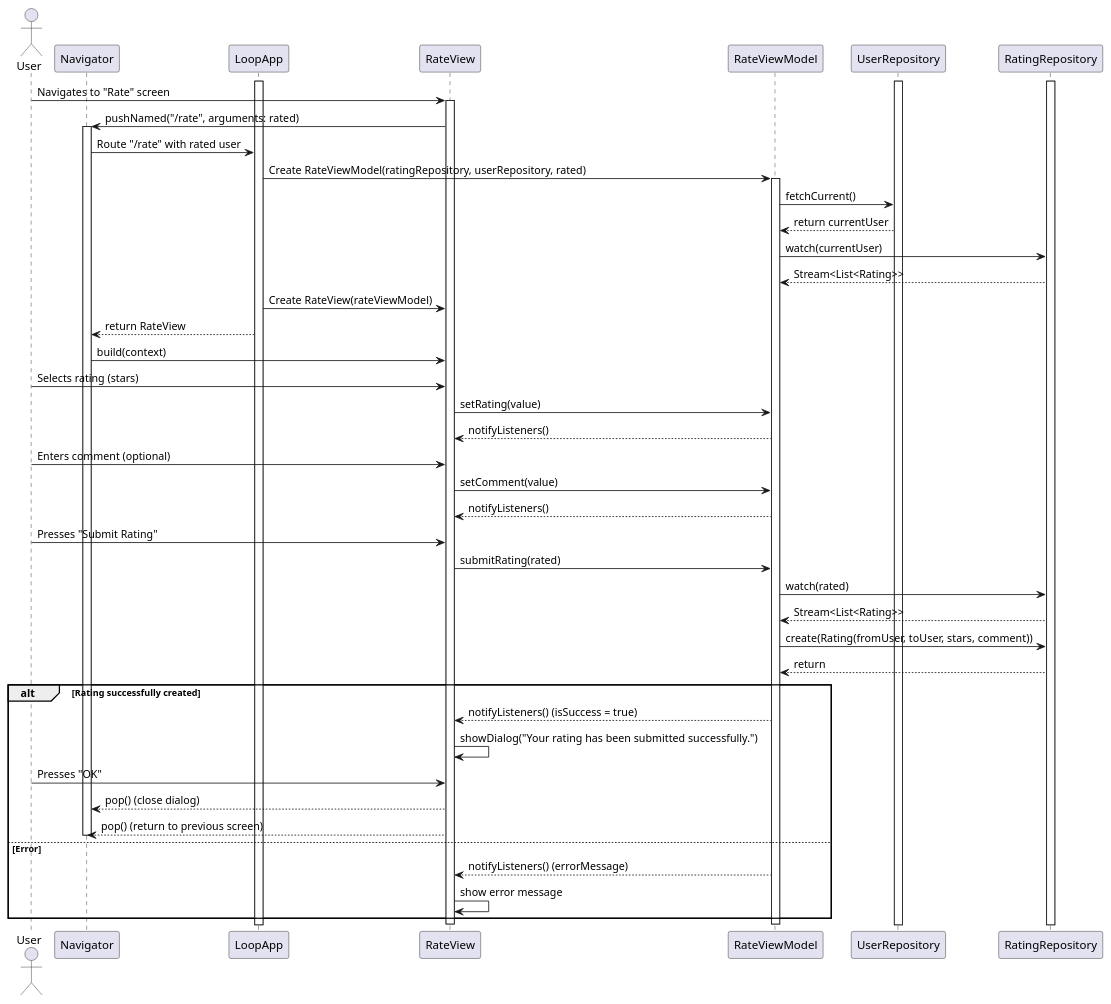
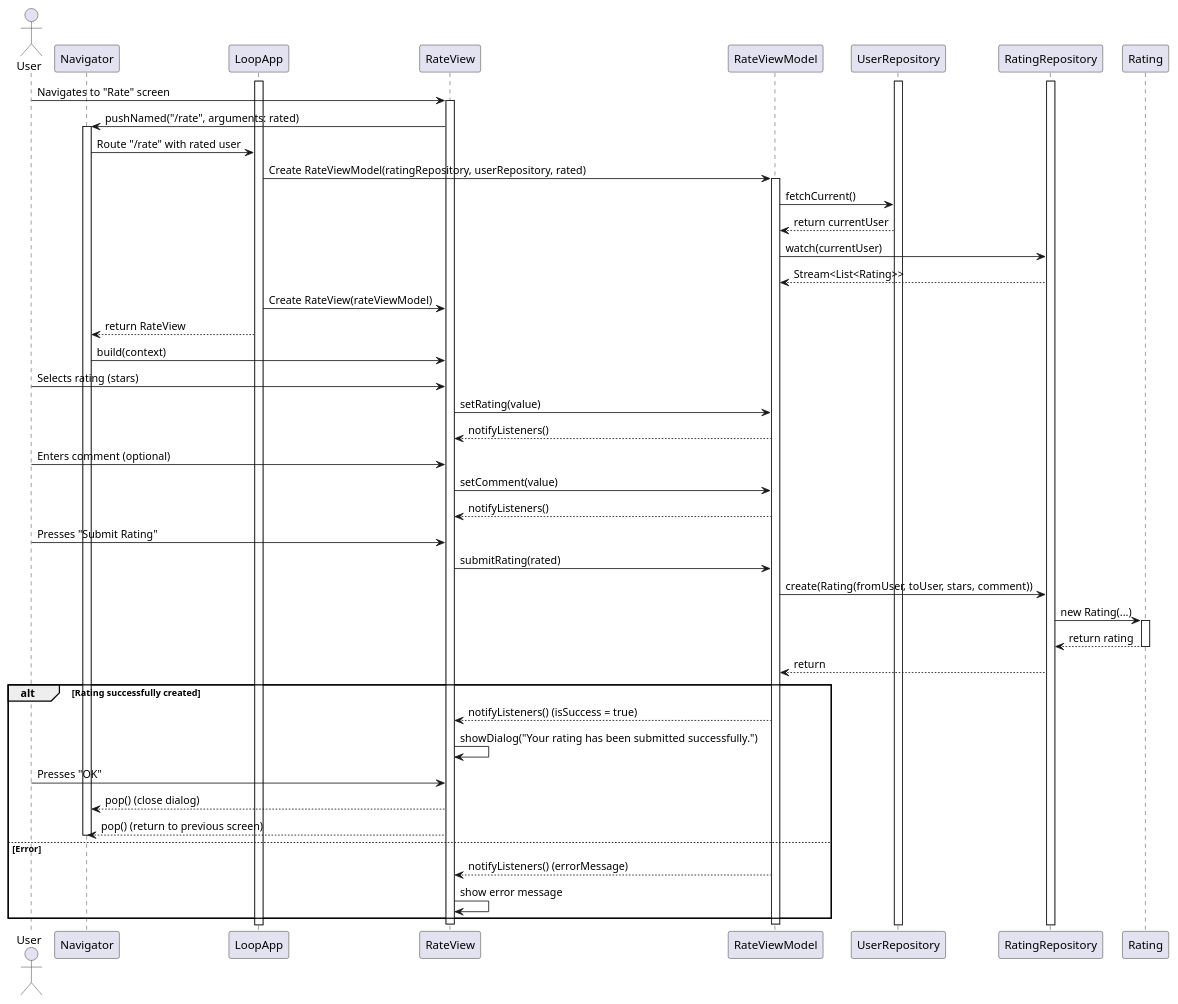
One commit to YannisRavasopoulos/ProjectSD_S6 changed the diagram in reports/sequence/rate-user.plantuml. Above: the diagram before and after it, drawn with PlantUML.

Commit message:
Refactor rating submission flow in rate-user sequence diagram for improved clarity

```diff
--- a/reports/sequence/rate-user.plantuml
+++ b/reports/sequence/rate-user.plantuml
@@ -1,79 +1,79 @@
 @startuml
 
 actor User
 
 participant Navigator
 participant LoopApp
 participant RateView
 participant RateViewModel
 participant UserRepository
 participant RatingRepository
 
 
 activate LoopApp
 activate UserRepository
 activate RatingRepository
 User -> RateView: Navigates to "Rate" screen
 activate RateView
 
 
 RateView -> Navigator: pushNamed("/rate", arguments: rated)
 activate Navigator
 Navigator -> LoopApp: Route "/rate" with rated user
 
 LoopApp -> RateViewModel: Create RateViewModel(ratingRepository, userRepository, rated)
 activate RateViewModel
 RateViewModel -> UserRepository: fetchCurrent()
 
 UserRepository --> RateViewModel: return currentUser
 
 RateViewModel -> RatingRepository: watch(currentUser)
 
 RatingRepository --> RateViewModel: Stream<List<Rating>>
 
 LoopApp -> RateView: Create RateView(rateViewModel)
 
 LoopApp --> Navigator: return RateView
 
 Navigator -> RateView: build(context)
 
 
 User -> RateView: Selects rating (stars)
 
 RateView -> RateViewModel: setRating(value)
 
 RateViewModel --> RateView: notifyListeners()
 
 
 User -> RateView: Enters comment (optional)
 RateView -> RateViewModel: setComment(value)
 
 RateViewModel --> RateView: notifyListeners()
 
 
 User -> RateView: Presses "Submit Rating"
 RateView -> RateViewModel: submitRating(rated)
-RateViewModel -> RatingRepository: watch(rated)
-
-RatingRepository --> RateViewModel: Stream<List<Rating>>
-
 RateViewModel -> RatingRepository: create(Rating(fromUser, toUser, stars, comment))
 
+RatingRepository -> Rating: new Rating(...)
+activate Rating
+Rating --> RatingRepository: return rating
+deactivate Rating
 RatingRepository --> RateViewModel: return
 
 
 alt Rating successfully created
     RateViewModel --> RateView: notifyListeners() (isSuccess = true)
     RateView -> RateView: showDialog("Your rating has been submitted successfully.")
     User -> RateView: Presses "OK"
     RateView --> Navigator: pop() (close dialog)
     RateView --> Navigator: pop() (return to previous screen)
     deactivate Navigator
 else Error
     RateViewModel --> RateView: notifyListeners() (errorMessage)
     RateView -> RateView: show error message
 end
 deactivate RateViewModel
 deactivate RateView
 
 @enduml
```
